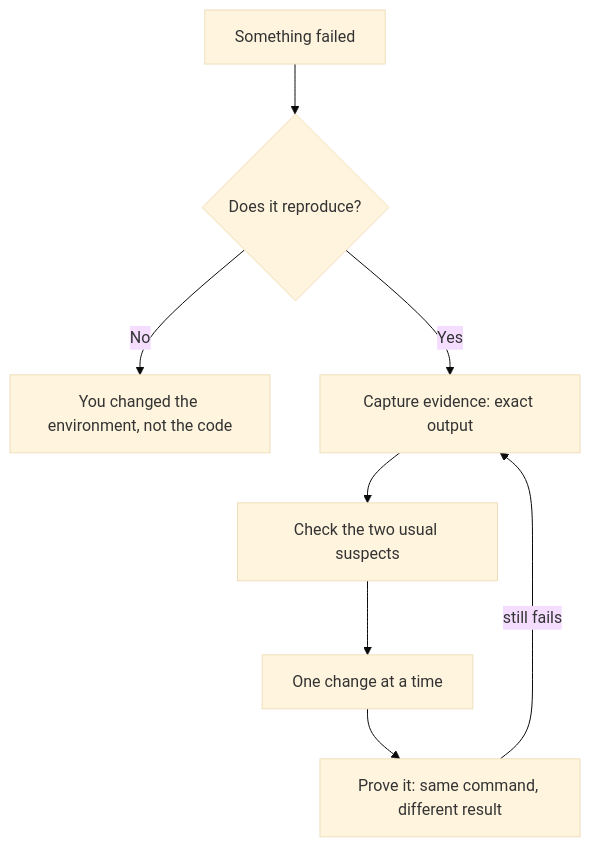
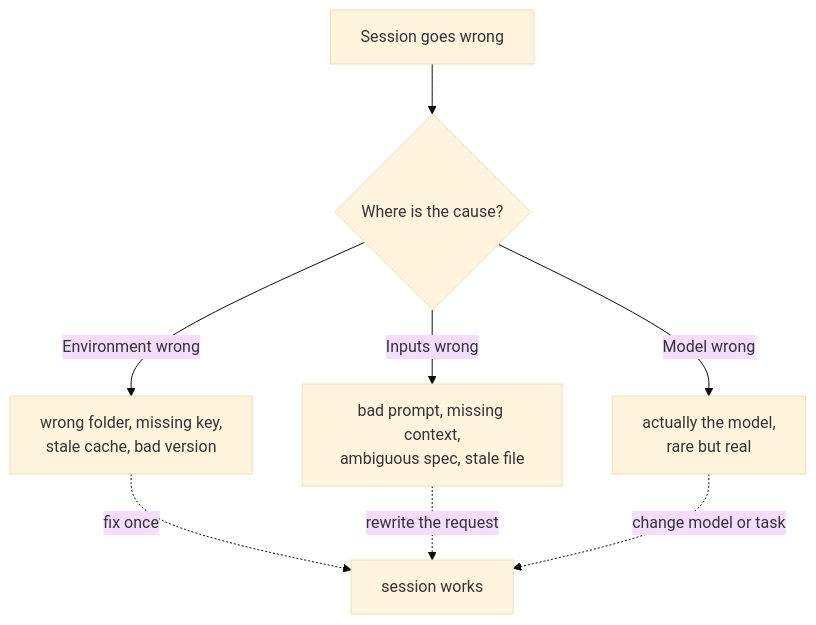
Before and after one commit to aswathas/WorkflowTest: the diagram in phases/00-setup-and-tooling/05-debugging-and-profiling/docs/en.md, drawn with Mermaid (base theme). The commit also changed other lines of this file and 3 other files, not shown here.

````diff
--- a/phases/00-setup-and-tooling/05-debugging-and-profiling/docs/en.md
+++ b/phases/00-setup-and-tooling/05-debugging-and-profiling/docs/en.md
@@ -42,10 +36,10 @@
 ```mermaid
 flowchart TD
-    A[Something failed] --> B{Does it reproduce?}
-    B -->|No| C[You changed the environment, not the code]
-    B -->|Yes| D[Capture evidence: exact output]
-    D --> E[Check the two usual suspects]
-    E --> F[One change at a time]
-    F --> G[Prove it: same command, different result]
-    G -->|still fails| D
+    A[Session goes wrong] --> B{Where is the cause?}
+    B -->|Environment wrong| C[wrong folder, missing key,<br/>stale cache, bad version]
+    B -->|Inputs wrong| D[bad prompt, missing context,<br/>ambiguous spec, stale file]
+    B -->|Model wrong| E[actually the model,<br/>rare but real]
+    C -.->|fix once| F[session works]
+    D -.->|rewrite the request| F
+    E -.->|change model or task| F
 ```
````
